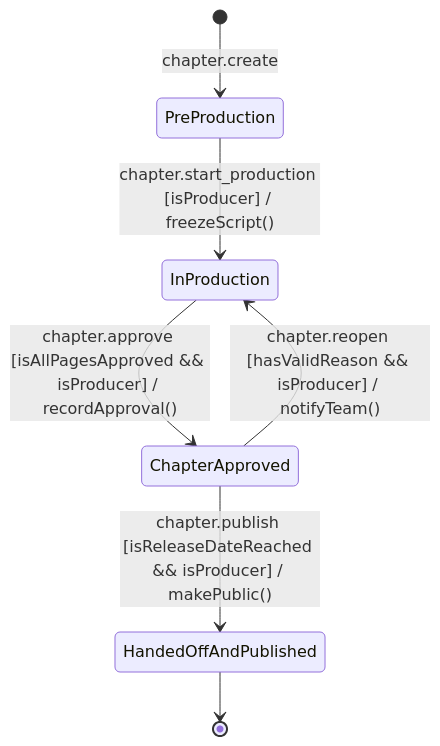
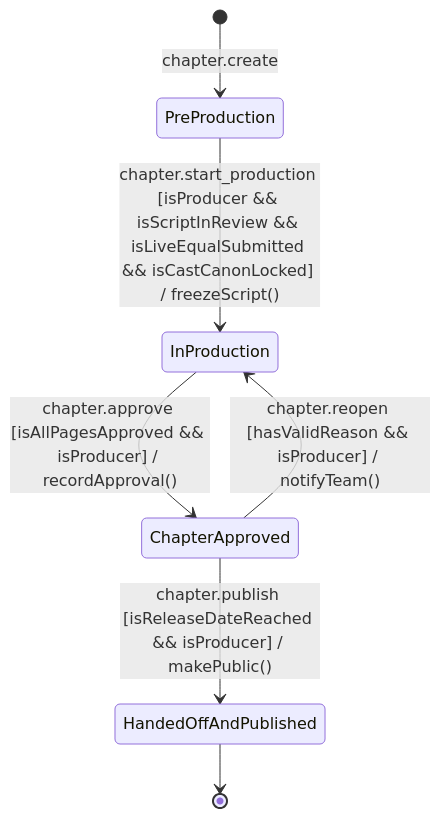
Before and after one commit to tkiennt/panelforge-hubs: the first of 4 diagrams in docs/standards/PanelForge_State_Machine_Naming_Standards.md, drawn with Mermaid. The commit also changed other lines of this file and 100 other files, not shown here.

````diff
--- a/docs/standards/PanelForge_State_Machine_Naming_Standards.md
+++ b/docs/standards/PanelForge_State_Machine_Naming_Standards.md
@@ -166,9 +166,9 @@
 ```mermaid
 stateDiagram-v2
     [*] --> PreProduction: chapter.create
-    PreProduction --> InProduction: chapter.start_production [isProducer] / freezeScript()
+    PreProduction --> InProduction: chapter.start_production [isProducer && isScriptInReview && isLiveEqualSubmitted && isCastCanonLocked] / freezeScript()
     InProduction --> ChapterApproved: chapter.approve [isAllPagesApproved && isProducer] / recordApproval()
     ChapterApproved --> InProduction: chapter.reopen [hasValidReason && isProducer] / notifyTeam()
     ChapterApproved --> HandedOffAndPublished: chapter.publish [isReleaseDateReached && isProducer] / makePublic()
     HandedOffAndPublished --> [*]
 ```
````
